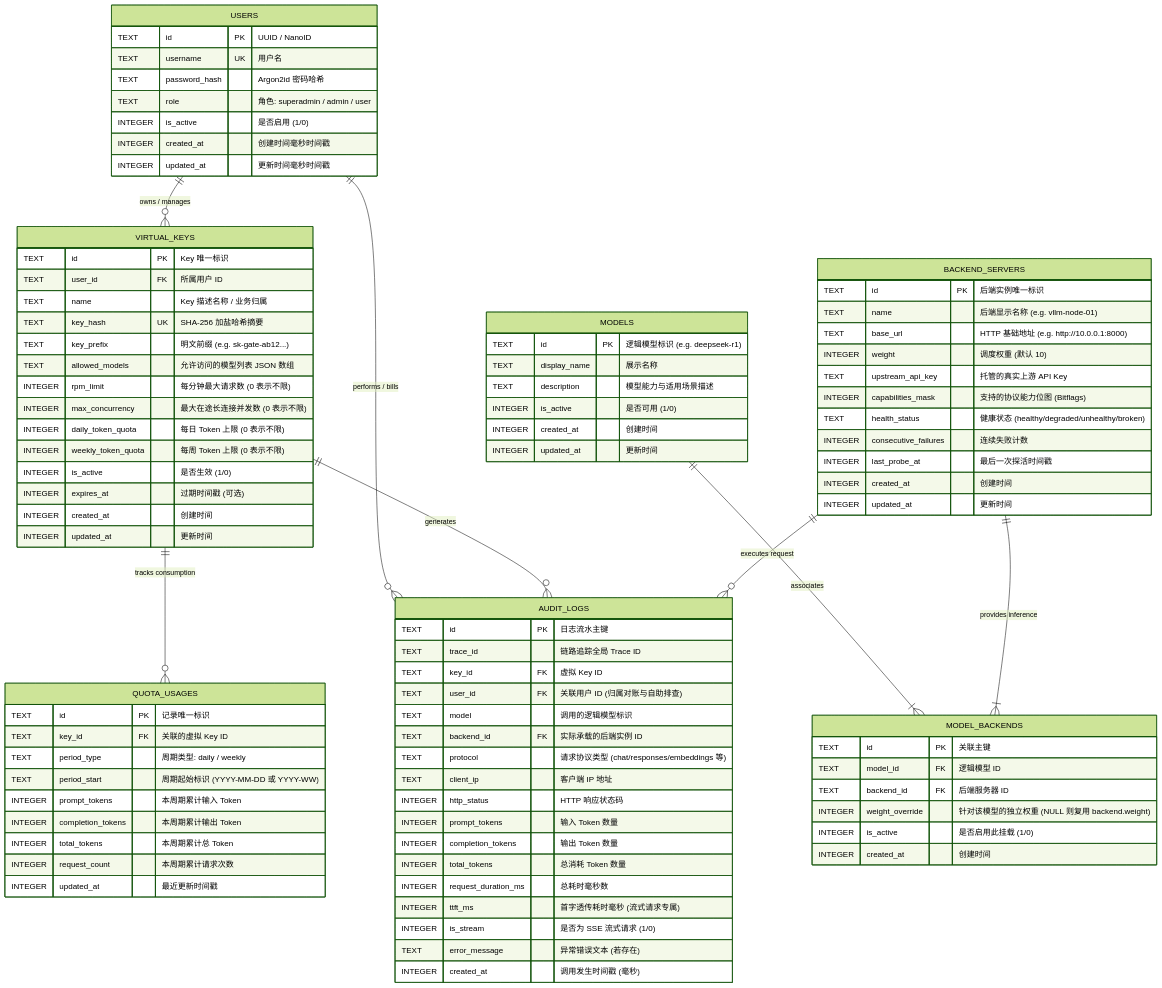
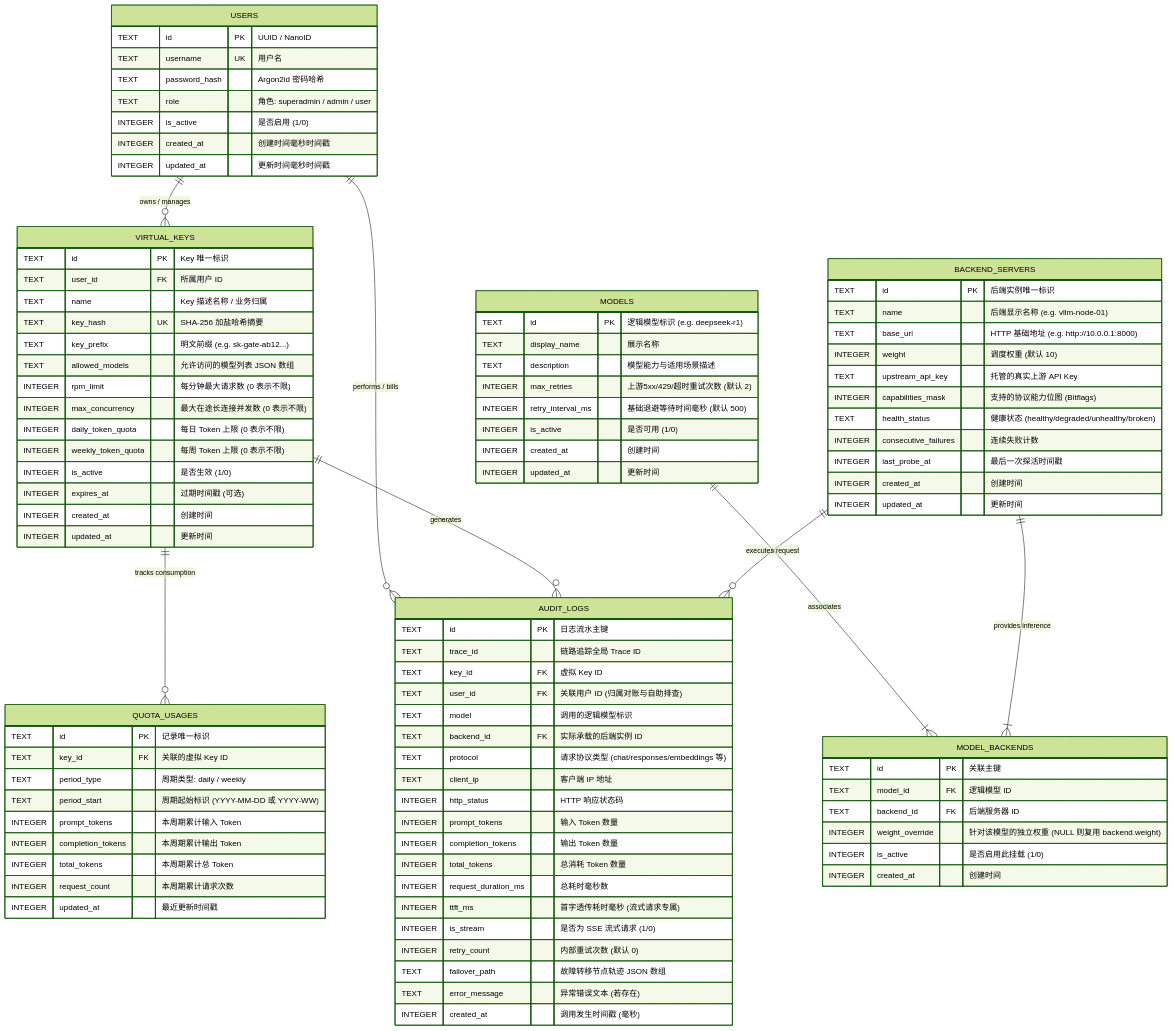
One commit to fugui/rs-gate changed the second of 4 diagrams in docs/02-design/02-storage-and-models.md. Above: the diagram before and after it, drawn with Mermaid (forest theme). The commit also changed other lines of this file and 4 other files, not shown here.

Commit message:
docs: add upstream silent retry & failover specification to feature matrix and system design

```diff
--- a/docs/02-design/02-storage-and-models.md
+++ b/docs/02-design/02-storage-and-models.md
@@ -127,6 +127,8 @@
         TEXT id PK "逻辑模型标识 (e.g. deepseek-r1)"
         TEXT display_name "展示名称"
         TEXT description "模型能力与适用场景描述"
+        INTEGER max_retries "上游5xx/429/超时重试次数 (默认 2)"
+        INTEGER retry_interval_ms "基础退避等待时间毫秒 (默认 500)"
         INTEGER is_active "是否可用 (1/0)"
         INTEGER created_at "创建时间"
         INTEGER updated_at "更新时间"
@@ -171,6 +173,8 @@
         INTEGER request_duration_ms "总耗时毫秒数"
         INTEGER ttft_ms "首字透传耗时毫秒 (流式请求专属)"
         INTEGER is_stream "是否为 SSE 流式请求 (1/0)"
+        INTEGER retry_count "内部重试次数 (默认 0)"
+        TEXT failover_path "故障转移节点轨迹 JSON 数组"
         TEXT error_message "异常错误文本 (若存在)"
         INTEGER created_at "调用发生时间戳 (毫秒)"
     }
```
